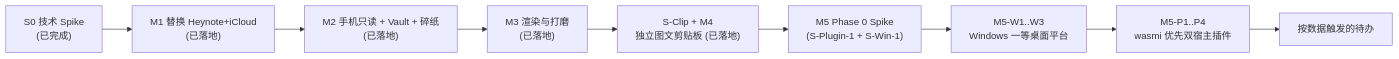
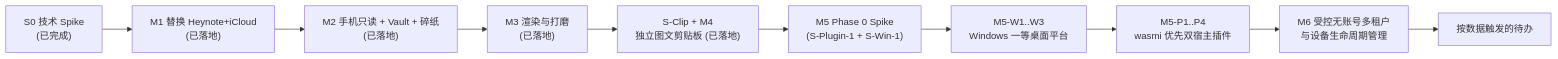
One commit to gray0128/my-note changed the eighth of 8 diagrams in docs/architecture-proposal.md. Above: the diagram before and after it, drawn with Mermaid. The commit also changed other lines of this file and 10 other files, not shown here.

````diff
--- a/docs/architecture-proposal.md
+++ b/docs/architecture-proposal.md
@@ -784,11 +795,12 @@
 ```mermaid
 flowchart LR
     S0["S0 技术 Spike<br/>(已完成)"] --> M1["M1 替换 Heynote+iCloud<br/>(已落地)"]
     M1 --> M2["M2 手机只读 + Vault + 碎纸<br/>(已落地)"]
     M2 --> M3["M3 渲染与打磨<br/>(已落地)"]
     M3 --> SC["S-Clip + M4<br/>独立图文剪贴板 (已落地)"]
     SC --> SP["M5 Phase 0 Spike<br/>(S-Plugin-1 + S-Win-1)"]
     SP --> M5W["M5-W1..W3<br/>Windows 一等桌面平台"]
     M5W --> M5P["M5-P1..P4<br/>wasmi 优先双宿主插件"]
-    M5P --> T["按数据触发的待办"]
+    M5P --> M6["M6 受控无账号多租户<br/>与设备生命周期管理"]
+    M6 --> T["按数据触发的待办"]
 ```
````
